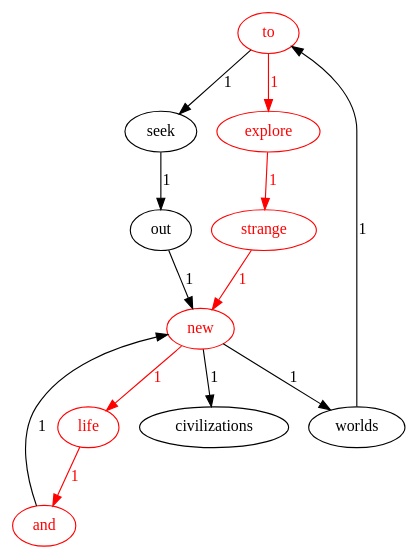
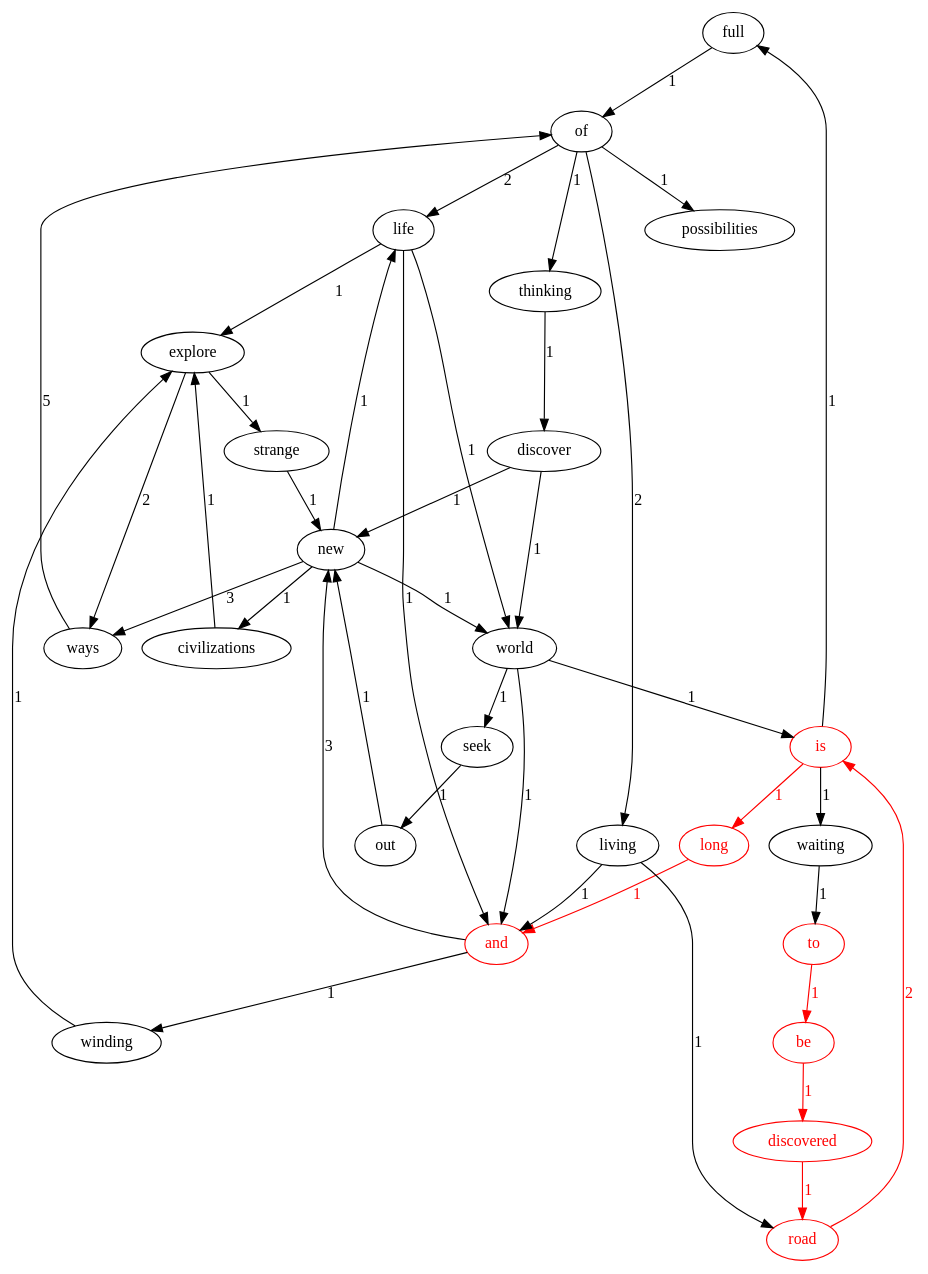
Before and after one commit to Moonlight0124/Lab1-2021111902: the diagram in directed-graph.dot, drawn with Graphviz. The commit also changed 7 other files, not shown here.

```diff
--- a/directed-graph.dot
+++ b/directed-graph.dot
@@ -1,24 +1,65 @@
 digraph G {
+    "full";
+    "long" [color="red", fontcolor="red"];
+    "explore";
+    "possibilities";
+    "world";
+    "be" [color="red", fontcolor="red"];
+    "seek";
+    "is" [color="red", fontcolor="red"];
+    "winding";
+    "of";
+    "discovered" [color="red", fontcolor="red"];
+    "and" [color="red", fontcolor="red"];
+    "new";
+    "discover";
+    "strange";
+    "ways";
+    "road" [color="red", fontcolor="red"];
+    "waiting";
     "to" [color="red", fontcolor="red"];
-    "strange" [color="red", fontcolor="red"];
-    "life" [color="red", fontcolor="red"];
-    "and" [color="red", fontcolor="red"];
+    "life";
+    "out";
     "civilizations";
-    "new" [color="red", fontcolor="red"];
-    "seek";
-    "out";
-    "explore" [color="red", fontcolor="red"];
-    "worlds";
-    "to" -> "seek" [label="1"];
-    "to" -> "explore" [label="1", color="red", fontcolor="red"];
-    "strange" -> "new" [label="1", color="red", fontcolor="red"];
-    "life" -> "and" [label="1", color="red", fontcolor="red"];
-    "and" -> "new" [label="1"];
-    "new" -> "life" [label="1", color="red", fontcolor="red"];
+    "thinking";
+    "living";
+    "full" -> "of" [label="1"];
+    "long" -> "and" [label="1", color="red", fontcolor="red"];
+    "explore" -> "strange" [label="1"];
+    "explore" -> "ways" [label="2"];
+    "world" -> "seek" [label="1"];
+    "world" -> "is" [label="1"];
+    "world" -> "and" [label="1"];
+    "be" -> "discovered" [label="1", color="red", fontcolor="red"];
+    "seek" -> "out" [label="1"];
+    "is" -> "full" [label="1"];
+    "is" -> "long" [label="1", color="red", fontcolor="red"];
+    "is" -> "waiting" [label="1"];
+    "winding" -> "explore" [label="1"];
+    "of" -> "possibilities" [label="1"];
+    "of" -> "life" [label="2"];
+    "of" -> "thinking" [label="1"];
+    "of" -> "living" [label="2"];
+    "discovered" -> "road" [label="1", color="red", fontcolor="red"];
+    "and" -> "winding" [label="1"];
+    "and" -> "new" [label="3"];
+    "new" -> "world" [label="1"];
+    "new" -> "ways" [label="3"];
+    "new" -> "life" [label="1"];
     "new" -> "civilizations" [label="1"];
-    "new" -> "worlds" [label="1"];
-    "seek" -> "out" [label="1"];
+    "discover" -> "world" [label="1"];
+    "discover" -> "new" [label="1"];
+    "strange" -> "new" [label="1"];
+    "ways" -> "of" [label="5"];
+    "road" -> "is" [label="2", color="red", fontcolor="red"];
+    "waiting" -> "to" [label="1"];
+    "to" -> "be" [label="1", color="red", fontcolor="red"];
+    "life" -> "explore" [label="1"];
+    "life" -> "world" [label="1"];
+    "life" -> "and" [label="1"];
     "out" -> "new" [label="1"];
-    "explore" -> "strange" [label="1", color="red", fontcolor="red"];
-    "worlds" -> "to" [label="1"];
+    "civilizations" -> "explore" [label="1"];
+    "thinking" -> "discover" [label="1"];
+    "living" -> "road" [label="1"];
+    "living" -> "and" [label="1"];
 }
```
